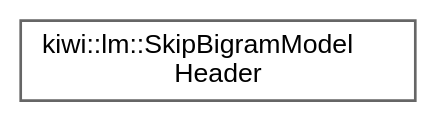
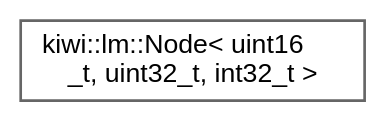
One commit to bab2min/Kiwi changed the diagram in inherit_graph_56.dot. Above: the diagram before and after it, drawn with Graphviz. The commit also changed 121 other files, not shown here.

```diff
--- a/inherit_graph_56.dot
+++ b/inherit_graph_56.dot
@@ -1,9 +1,9 @@
 digraph "Graphical Class Hierarchy"
 {
  // LATEX_PDF_SIZE
   bgcolor="transparent";
   edge [fontname=Helvetica,fontsize=10,labelfontname=Helvetica,labelfontsize=10];
   node [fontname=Helvetica,fontsize=10,shape=box,height=0.2,width=0.4];
   rankdir="LR";
-  Node0 [id="Node000000",label="kiwi::lm::SkipBigramModel\lHeader",height=0.2,width=0.4,color="grey40", fillcolor="white", style="filled",URL="$structkiwi_1_1lm_1_1SkipBigramModelHeader.html",tooltip=" "];
+  Node0 [id="Node000000",label="kiwi::lm::Node\< uint16\l_t, uint32_t, int32_t \>",height=0.2,width=0.4,color="grey40", fillcolor="white", style="filled",URL="$structkiwi_1_1lm_1_1Node_3_01uint16__t_00_01uint32__t_00_01int32__t_01_4.html",tooltip=" "];
 }
```
